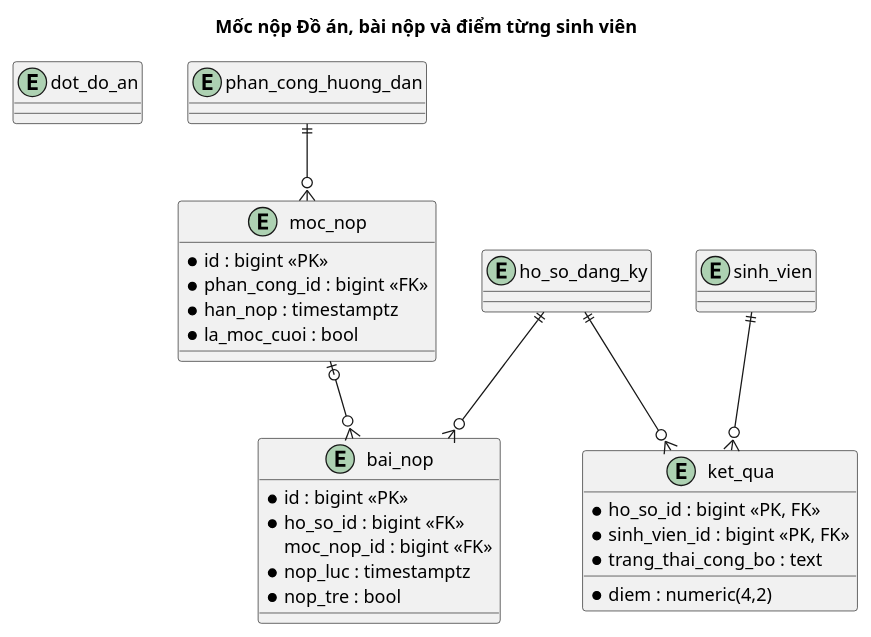
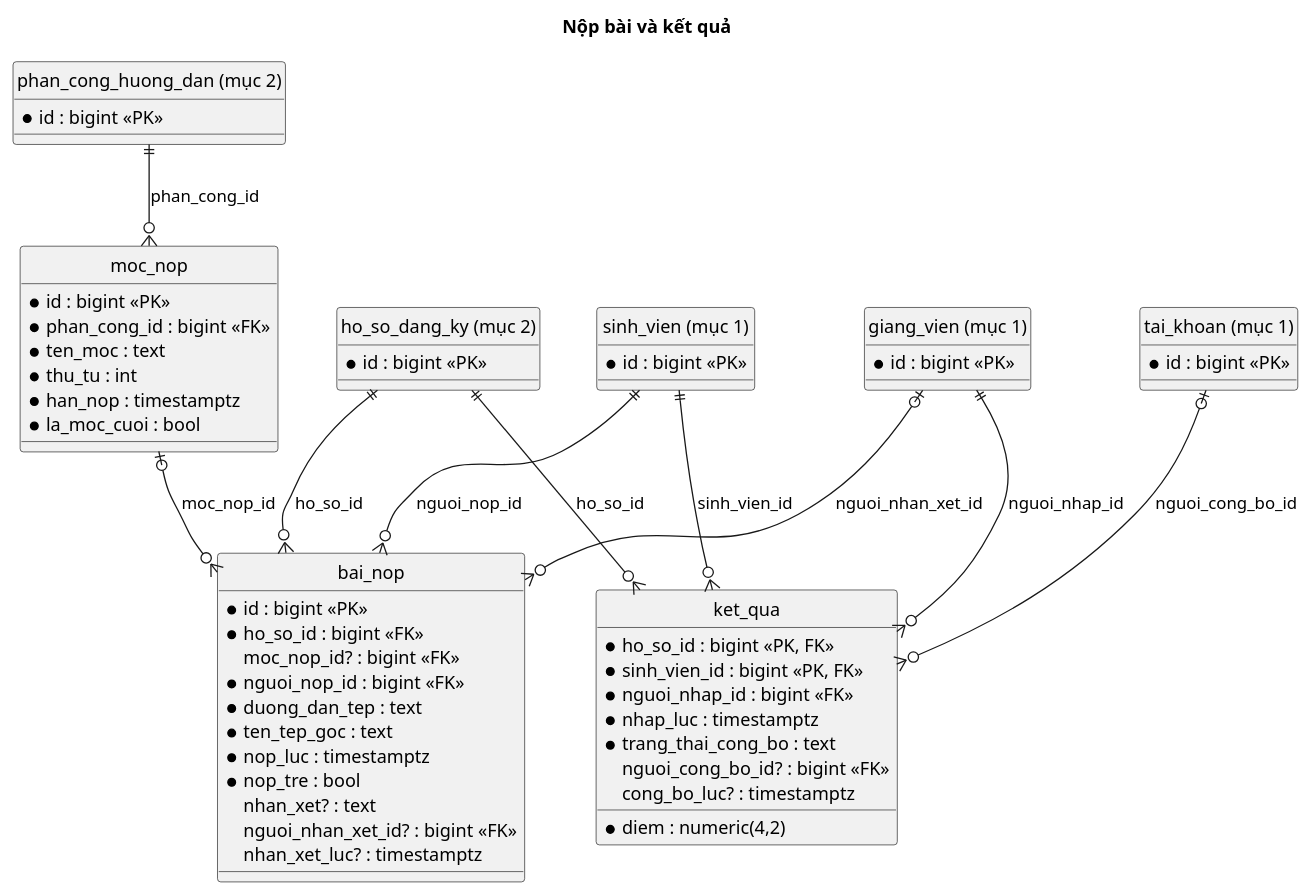
One commit to lam-vu6868/HTQL_TieuLuan_DoAN changed the third of 3 diagrams in 04-thiet-ke-co-so-du-lieu.md. Above: the diagram before and after it, drawn with PlantUML. The commit also changed other lines of this file and 17 other files, not shown here.

````diff
--- a/04-thiet-ke-co-so-du-lieu.md
+++ b/04-thiet-ke-co-so-du-lieu.md
@@ -133,33 +179,61 @@
 ```plantuml
 @startuml
-title Mốc nộp Đồ án, bài nộp và điểm từng sinh viên
-entity dot_do_an
-entity phan_cong_huong_dan
-entity sinh_vien
-entity ho_so_dang_ky
+title Nộp bài và kết quả
+hide circle
 entity moc_nop {
   * id : bigint <<PK>>
   * phan_cong_id : bigint <<FK>>
+  * ten_moc : text
+  * thu_tu : int
   * han_nop : timestamptz
   * la_moc_cuoi : bool
 }
 entity bai_nop {
   * id : bigint <<PK>>
   * ho_so_id : bigint <<FK>>
-  moc_nop_id : bigint <<FK>>
+  moc_nop_id? : bigint <<FK>>
+  * nguoi_nop_id : bigint <<FK>>
+  * duong_dan_tep : text
+  * ten_tep_goc : text
   * nop_luc : timestamptz
   * nop_tre : bool
+  nhan_xet? : text
+  nguoi_nhan_xet_id? : bigint <<FK>>
+  nhan_xet_luc? : timestamptz
 }
 entity ket_qua {
   * ho_so_id : bigint <<PK, FK>>
   * sinh_vien_id : bigint <<PK, FK>>
   * diem : numeric(4,2)
+  * nguoi_nhap_id : bigint <<FK>>
+  * nhap_luc : timestamptz
   * trang_thai_cong_bo : text
+  nguoi_cong_bo_id? : bigint <<FK>>
+  cong_bo_luc? : timestamptz
 }
-phan_cong_huong_dan ||--o{ moc_nop
-ho_so_dang_ky ||--o{ bai_nop
-moc_nop |o--o{ bai_nop
-ho_so_dang_ky ||--o{ ket_qua
-sinh_vien ||--o{ ket_qua
+entity "phan_cong_huong_dan (mục 2)" as phan_cong_huong_dan {
+  * id : bigint <<PK>>
+}
+entity "ho_so_dang_ky (mục 2)" as ho_so_dang_ky {
+  * id : bigint <<PK>>
+}
+entity "sinh_vien (mục 1)" as sinh_vien {
+  * id : bigint <<PK>>
+}
+entity "giang_vien (mục 1)" as giang_vien {
+  * id : bigint <<PK>>
+}
+entity "tai_khoan (mục 1)" as tai_khoan {
+  * id : bigint <<PK>>
+}
+phan_cong_huong_dan ||--o{ moc_nop : phan_cong_id
+ho_so_dang_ky ||--o{ bai_nop : ho_so_id
+moc_nop |o--o{ bai_nop : moc_nop_id
+sinh_vien ||--o{ bai_nop : nguoi_nop_id
+giang_vien |o--o{ bai_nop : nguoi_nhan_xet_id
+ho_so_dang_ky ||--o{ ket_qua : ho_so_id
+sinh_vien ||--o{ ket_qua : sinh_vien_id
+giang_vien ||--o{ ket_qua : nguoi_nhap_id
+tai_khoan |o--o{ ket_qua : nguoi_cong_bo_id
 @enduml
 ```
````
